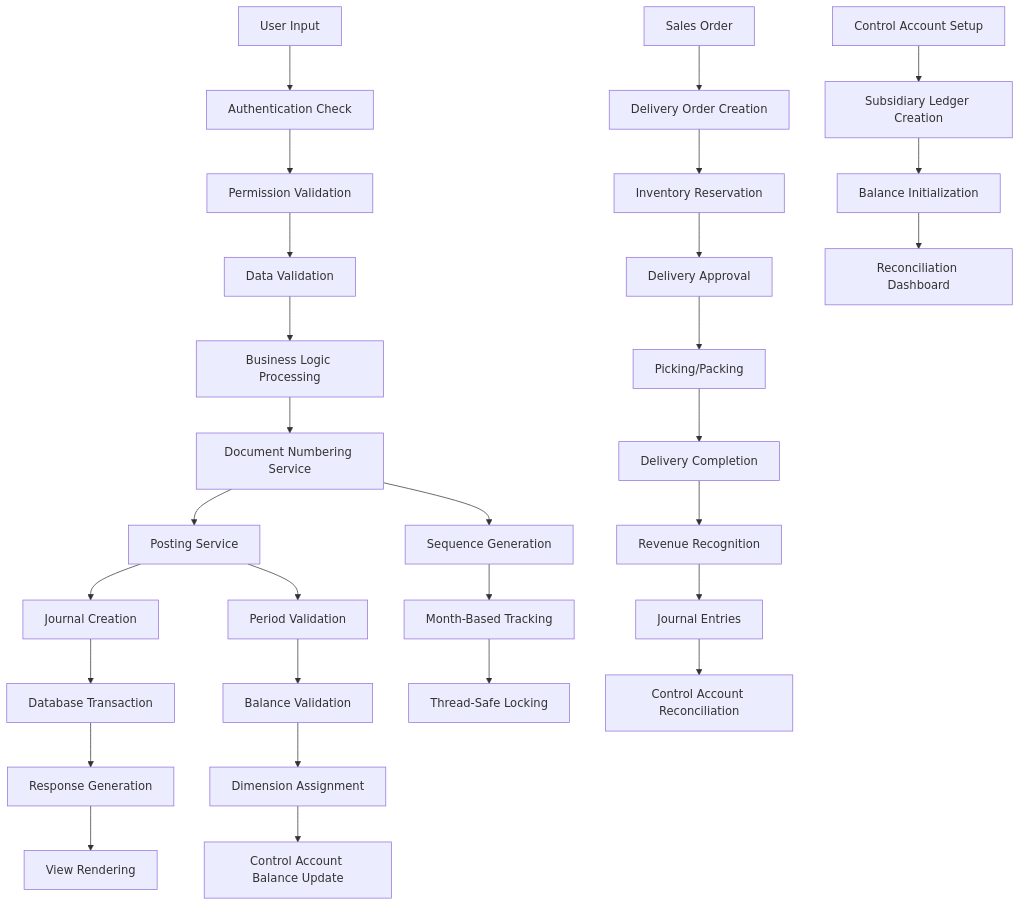
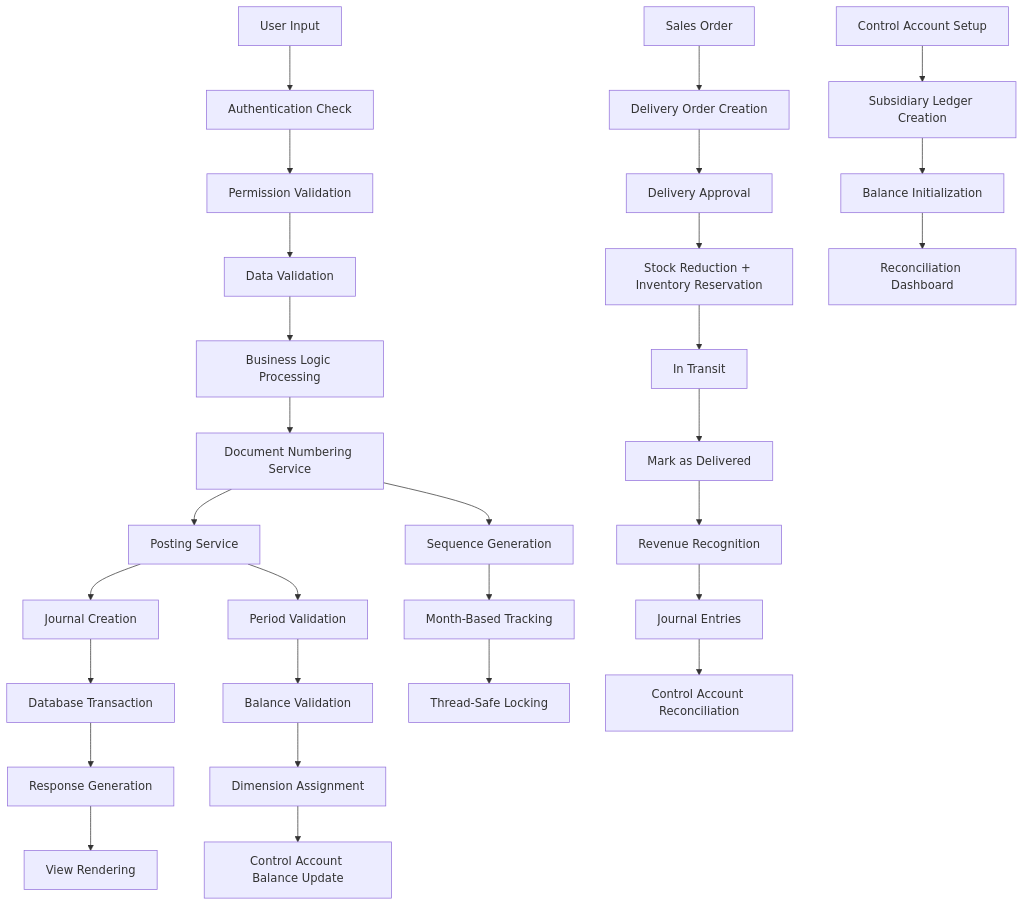
Before and after one commit to rachmanj/sarang-erp-laravel: the first of 2 diagrams in docs/architecture.md, drawn with Mermaid. The commit also changed other lines of this file and 19 other files, not shown here.

Commit message:
improvement to DO flow

````diff
--- a/docs/architecture.md
+++ b/docs/architecture.md
@@ -683,35 +683,35 @@
 ```mermaid
 graph TD
     A[User Input] --> B[Authentication Check]
     B --> C[Permission Validation]
     C --> D[Data Validation]
     D --> E[Business Logic Processing]
     E --> F[Document Numbering Service]
     F --> G[Posting Service]
     G --> H[Journal Creation]
     H --> I[Database Transaction]
     I --> J[Response Generation]
     J --> K[View Rendering]
 
     F --> L[Sequence Generation]
     L --> M[Month-Based Tracking]
     M --> N[Thread-Safe Locking]
 
     G --> O[Period Validation]
     O --> P[Balance Validation]
     P --> Q[Dimension Assignment]
     Q --> R[Control Account Balance Update]
 
     S[Sales Order] --> T[Delivery Order Creation]
-    T --> U[Inventory Reservation]
-    U --> V[Delivery Approval]
-    V --> W[Picking/Packing]
-    W --> X[Delivery Completion]
+    T --> U[Delivery Approval]
+    U --> V[Stock Reduction + Inventory Reservation]
+    V --> W[In Transit]
+    W --> X[Mark as Delivered]
     X --> Y[Revenue Recognition]
     Y --> Z[Journal Entries]
     Z --> AA[Control Account Reconciliation]
 
     BB[Control Account Setup] --> CC[Subsidiary Ledger Creation]
     CC --> DD[Balance Initialization]
     DD --> EE[Reconciliation Dashboard]
 ```
````
